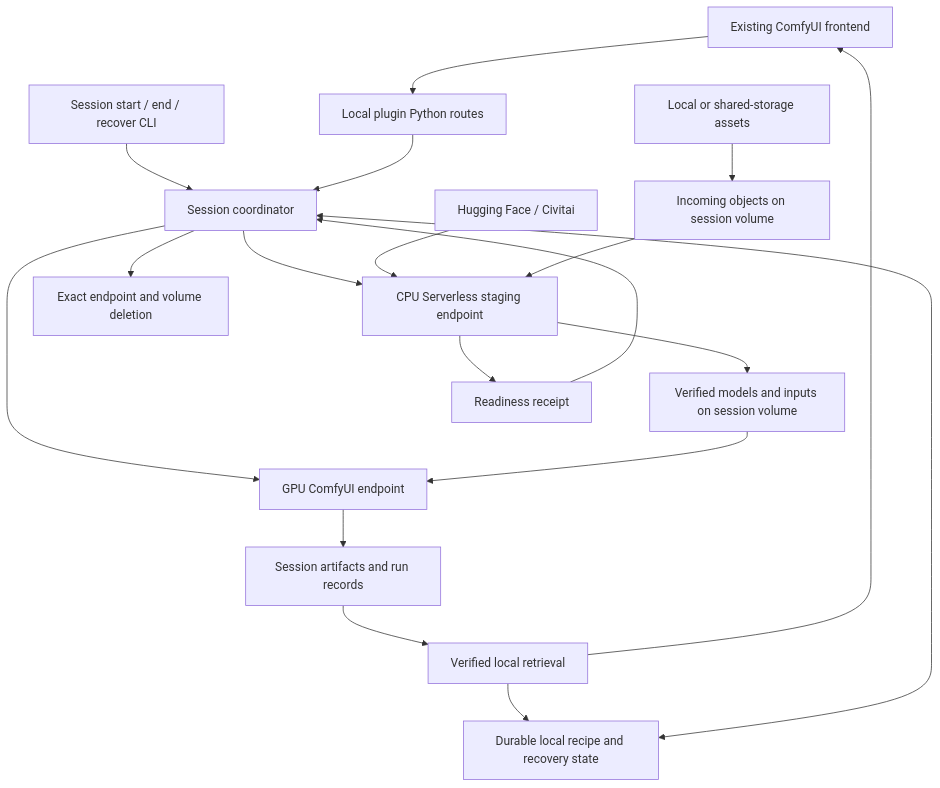
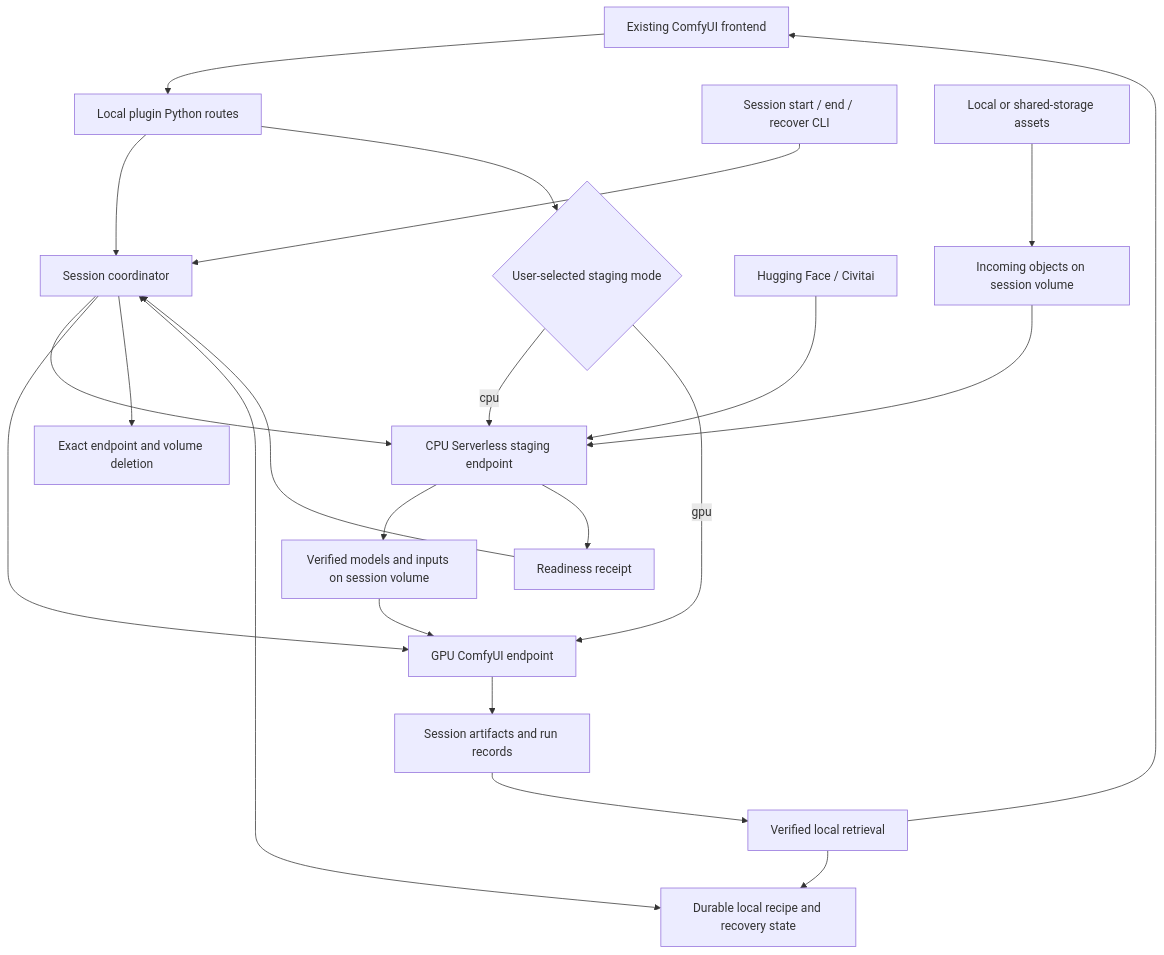
The first of 2 diagrams in docs/cpu-staging-session-architecture.md (jamesham/ComfyUI-RunOnRunpod), drawn with Mermaid before and after one commit. The commit also changed other lines of this file, not shown here.

Commit message:
docs: define selectable staging and secret delivery

````diff
--- a/docs/cpu-staging-session-architecture.md
+++ b/docs/cpu-staging-session-architecture.md
@@ -139,21 +147,25 @@
 ```mermaid
 flowchart TD
     UI[Existing ComfyUI frontend] --> Gateway[Local plugin Python routes]
     CLI[Session start / end / recover CLI] --> Coordinator[Session coordinator]
     Gateway --> Coordinator
     Recipe[Durable local recipe and recovery state] <--> Coordinator
+    Mode{User-selected staging mode}
+    Gateway --> Mode
     Coordinator --> CPU[CPU Serverless staging endpoint]
+    Mode -->|cpu| CPU
     Providers[Hugging Face / Civitai] --> CPU
+    Mode -->|gpu| GPU
     Local[Local or shared-storage assets] --> Incoming[Incoming objects on session volume]
     Incoming --> CPU
     CPU --> Volume[Verified models and inputs on session volume]
     CPU --> Ready[Readiness receipt]
     Ready --> Coordinator
     Coordinator --> GPU[GPU ComfyUI endpoint]
     Volume --> GPU
     GPU --> Outputs[Session artifacts and run records]
     Outputs --> Retrieval[Verified local retrieval]
     Retrieval --> UI
     Retrieval --> Recipe
     Coordinator --> Cleanup[Exact endpoint and volume deletion]
 ```
````
